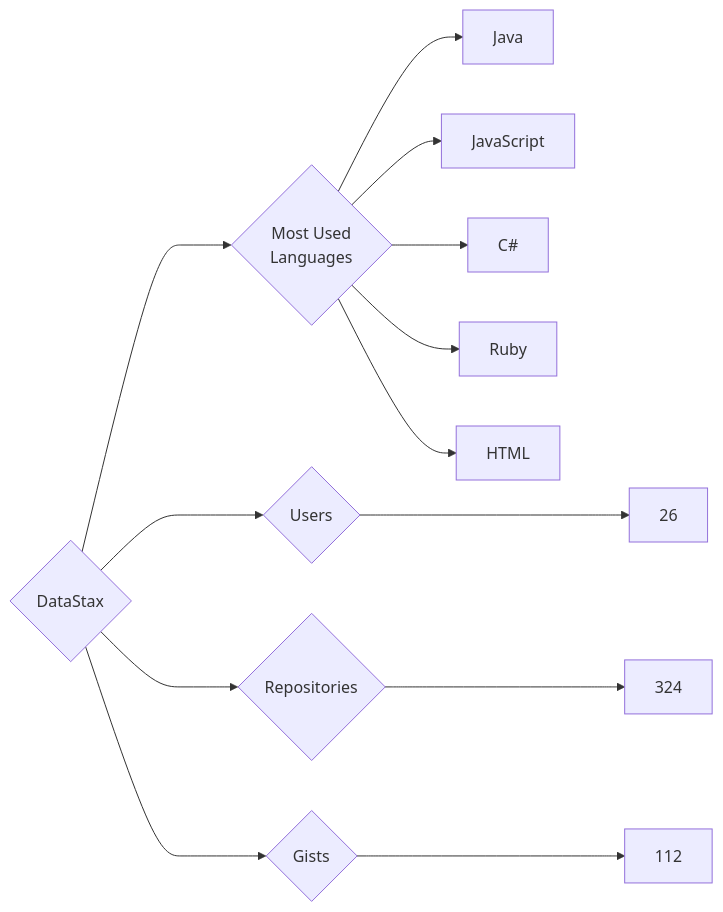
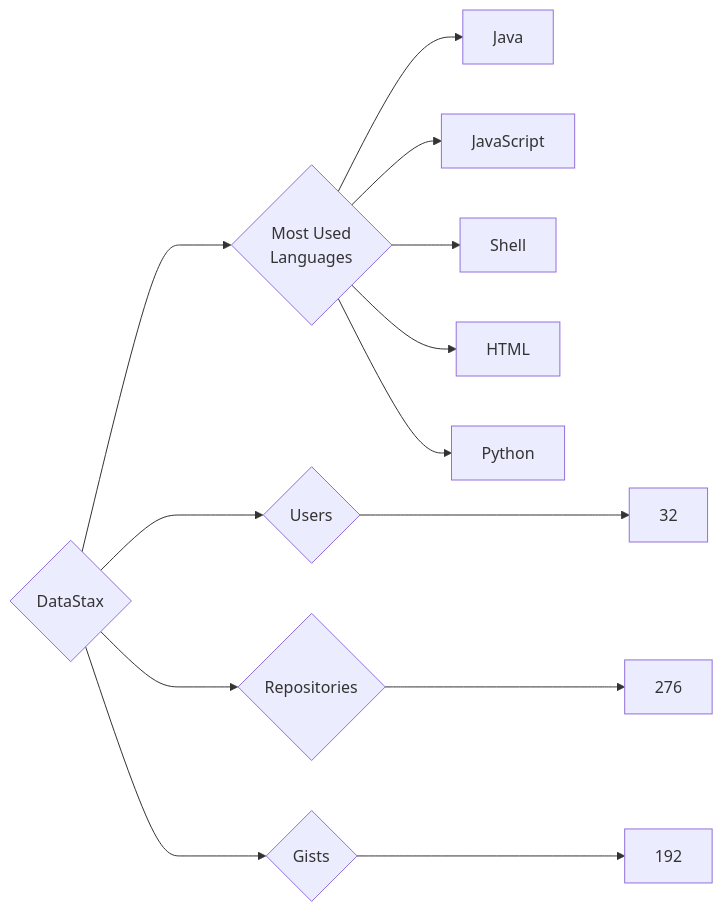
The diagram in targets/DataStax/README.md (trickest/insiders), drawn with Mermaid before and after one commit. The commit also changed 639 other files, not shown here.

````diff
--- a/targets/DataStax/README.md
+++ b/targets/DataStax/README.md
@@ -3,13 +3,13 @@
 ```mermaid
 graph LR
 COMPANY_NAME{DataStax}
-COMPANY_NAME ---> U{Users} ---> UN[26]
-COMPANY_NAME ---> R{Repositories} ---> RN[324]
-COMPANY_NAME ---> G{Gists} ---> GN[112]
+COMPANY_NAME ---> U{Users} ---> UN[32]
+COMPANY_NAME ---> R{Repositories} ---> RN[276]
+COMPANY_NAME ---> G{Gists} ---> GN[192]
 COMPANY_NAME ---> ML{Most Used<br>Languages}
 ML --> Java[Java]
 ML --> JavaScript[JavaScript]
-ML --> C#[C#]
-ML --> Ruby[Ruby]
+ML --> Shell[Shell]
 ML --> HTML[HTML]
+ML --> Python[Python]
 ```
````
